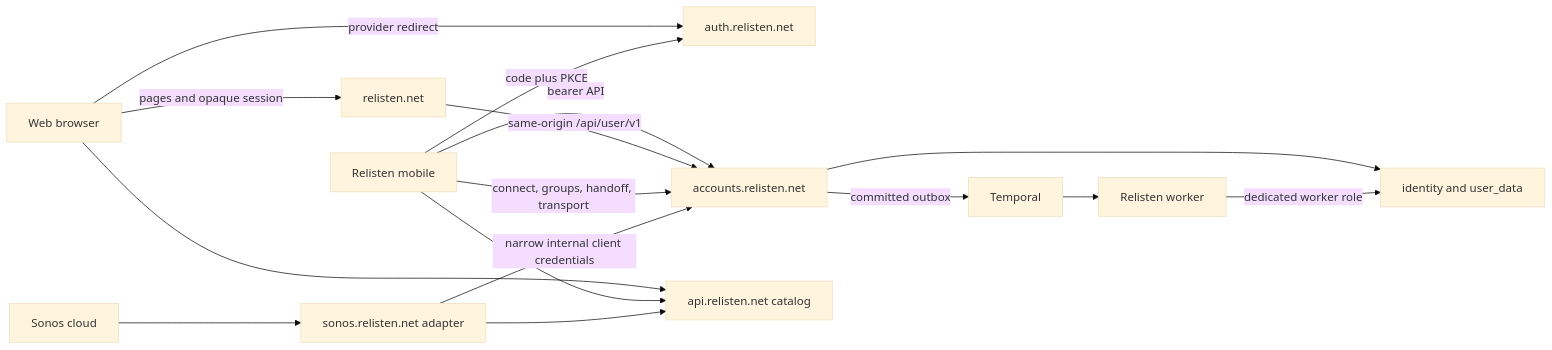
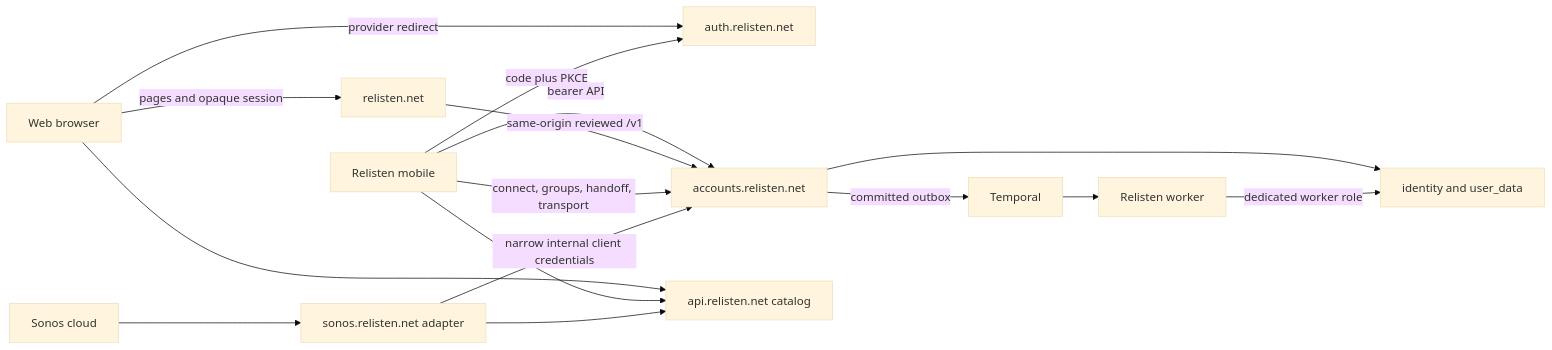
Before and after one commit to RelistenNet/RelistenApi: the first of 4 diagrams in docs/plans/active/2026-07-18-relisten-identity-user-data-and-sonos-implementation.md, drawn with Mermaid (base theme). The commit also changed other lines of this file and 79 other files, not shown here.

````diff
--- a/docs/plans/active/2026-07-18-relisten-identity-user-data-and-sonos-implementation.md
+++ b/docs/plans/active/2026-07-18-relisten-identity-user-data-and-sonos-implementation.md
@@ -127,18 +128,18 @@
 ```mermaid
 flowchart LR
     Browser["Web browser"] -->|"pages and opaque session"| Web["relisten.net"]
     Browser -->|"provider redirect"| Auth["auth.relisten.net"]
     Mobile["Relisten mobile"] -->|"code plus PKCE"| Auth
     Mobile -->|"bearer API"| Accounts["accounts.relisten.net"]
-    Web -->|"same-origin /api/user/v1"| Accounts
+    Web -->|"same-origin reviewed /v1"| Accounts
     Browser --> Catalog["api.relisten.net catalog"]
     Mobile --> Catalog
     Mobile -->|"connect, groups, handoff, transport"| Accounts
     SonosCloud["Sonos cloud"] --> Adapter["sonos.relisten.net adapter"]
     Adapter -->|"narrow internal client credentials"| Accounts
     Adapter --> Catalog
     Accounts --> UserDb["identity and user_data"]
     Accounts -->|"committed outbox"| Temporal["Temporal"]
     Temporal --> Worker["Relisten worker"]
     Worker -->|"dedicated worker role"| UserDb
 ```
````
